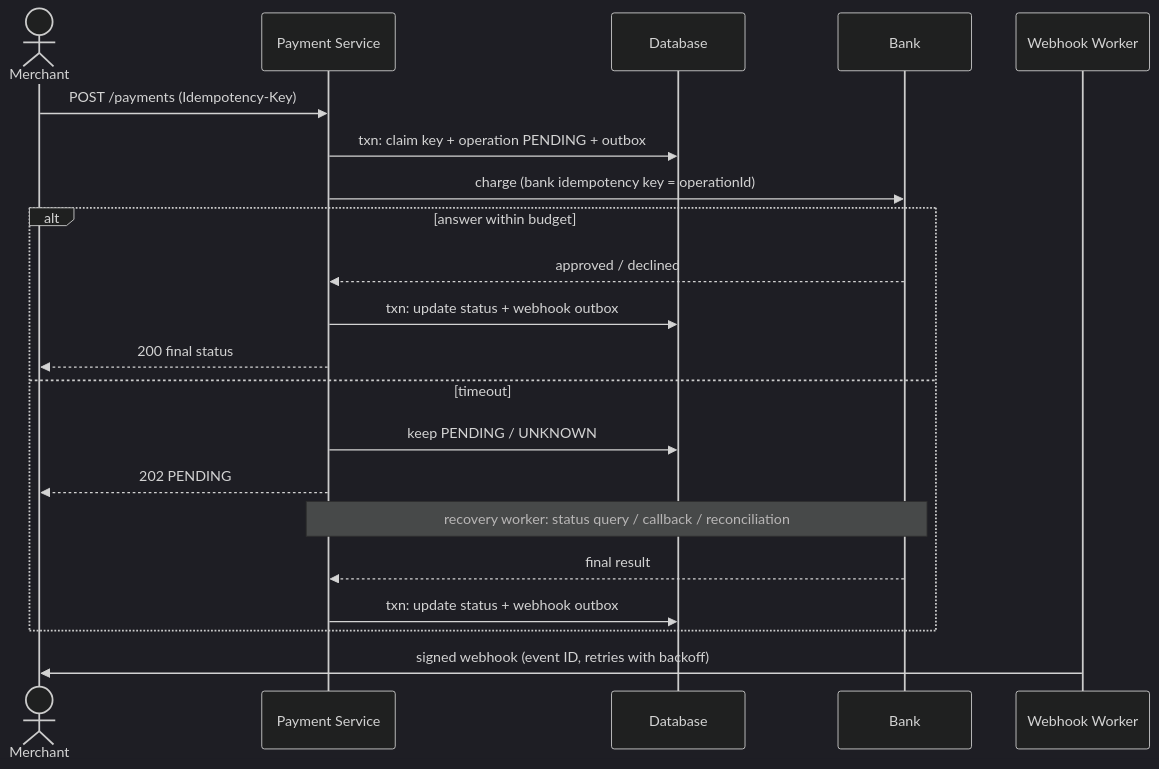
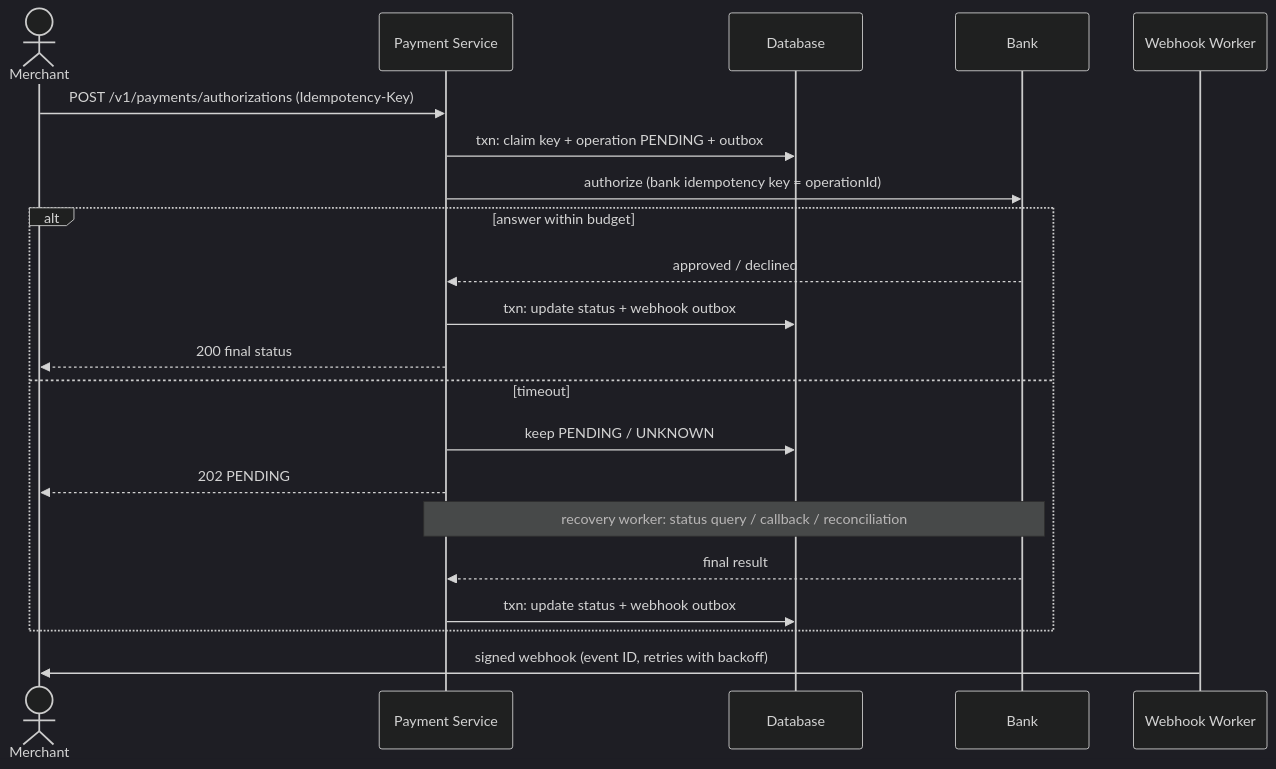
Before and after one commit to lingyun3730/future: the third of 4 diagrams in system-design-prep.md, drawn with Mermaid (dark theme). The commit also changed other lines of this file, not shown here.

Commit message:
Redesign payment API: authorization, capture, refund with processorTransactionId

````diff
--- a/system-design-prep.md
+++ b/system-design-prep.md
@@ -481,24 +719,24 @@
 ```mermaid
 sequenceDiagram
     actor M as Merchant
     participant API as Payment Service
     participant DB as Database
     participant BK as Bank
     participant WW as Webhook Worker
 
-    M->>API: POST /payments (Idempotency-Key)
+    M->>API: POST /v1/payments/authorizations (Idempotency-Key)
     API->>DB: txn: claim key + operation PENDING + outbox
-    API->>BK: charge (bank idempotency key = operationId)
+    API->>BK: authorize (bank idempotency key = operationId)
     alt answer within budget
         BK-->>API: approved / declined
         API->>DB: txn: update status + webhook outbox
         API-->>M: 200 final status
     else timeout
         API->>DB: keep PENDING / UNKNOWN
         API-->>M: 202 PENDING
         Note over API,BK: recovery worker: status query / callback / reconciliation
         BK-->>API: final result
         API->>DB: txn: update status + webhook outbox
     end
     WW->>M: signed webhook (event ID, retries with backoff)
 ```
````
